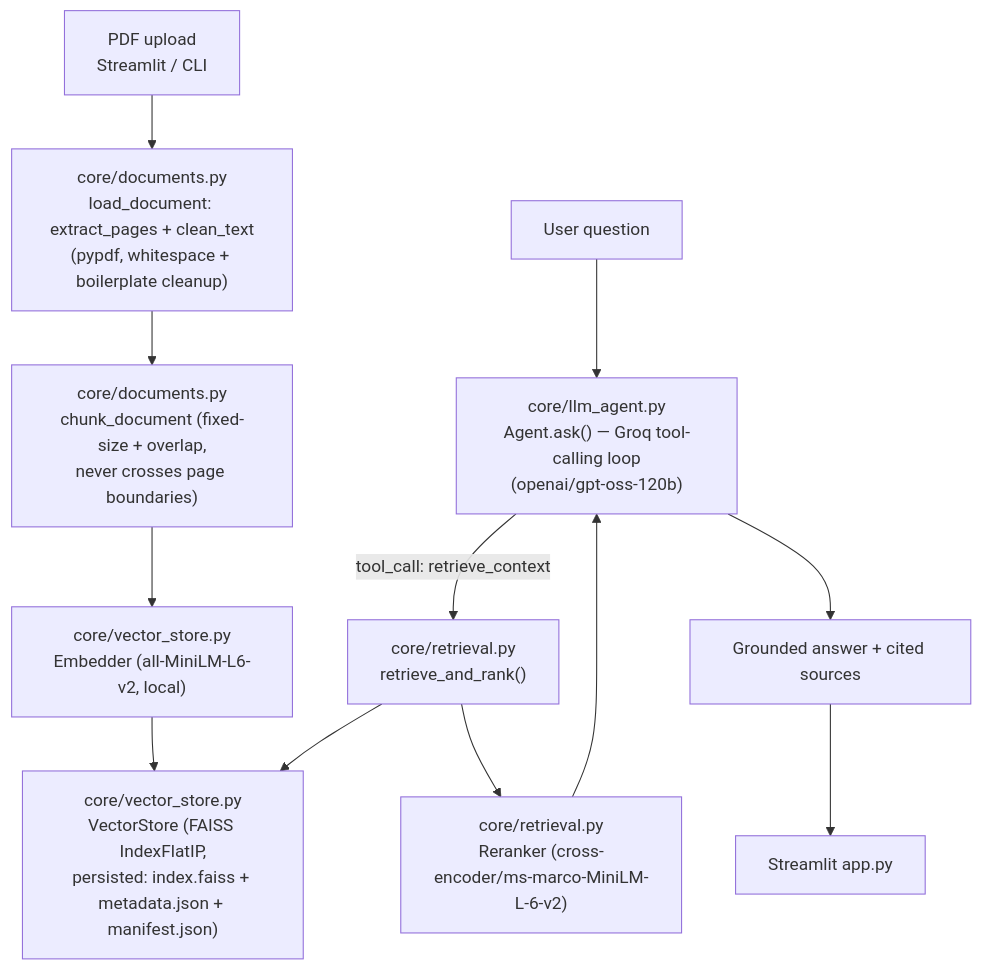
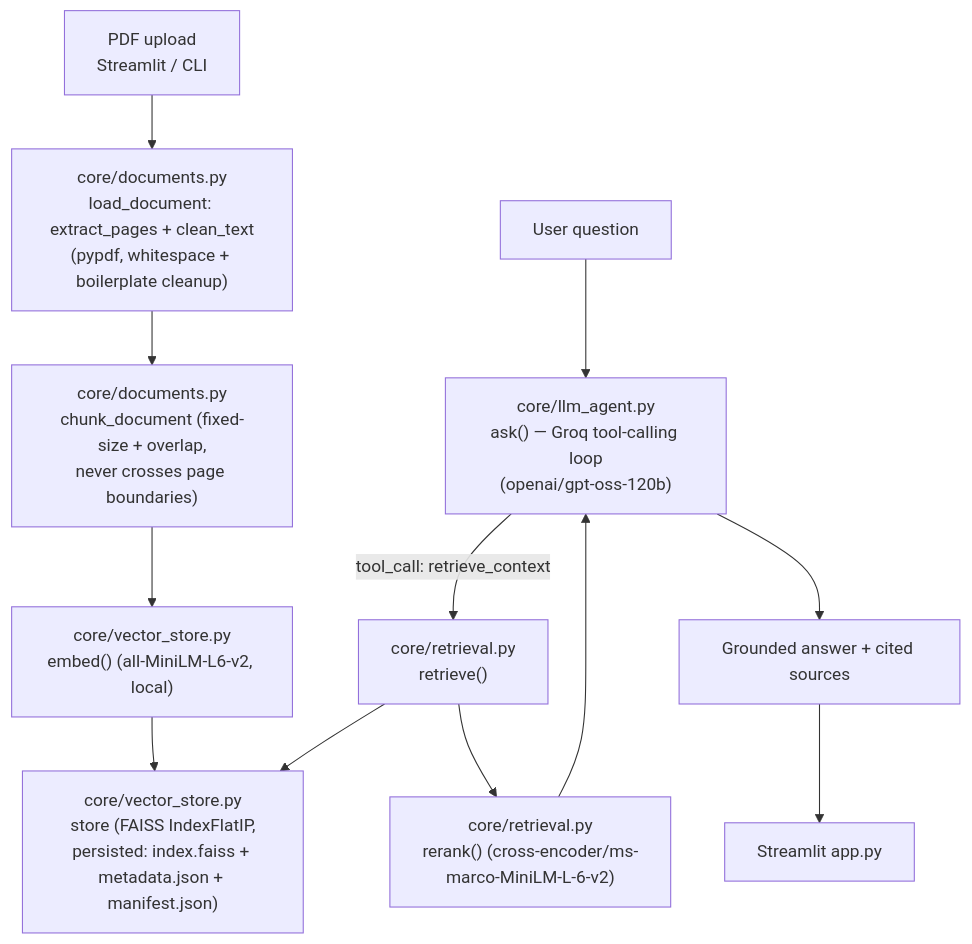
Before and after one commit to adityamanish999/Final_Project: the first of 2 diagrams in Document_Assisstant/docs/architecture.md, drawn with Mermaid. The commit also changed other lines of this file and 17 other files, not shown here.

````diff
--- a/Document_Assisstant/docs/architecture.md
+++ b/Document_Assisstant/docs/architecture.md
@@ -9,15 +9,15 @@
 ```mermaid
 flowchart TD
     A[PDF upload<br/>Streamlit / CLI] --> B["core/documents.py<br/>load_document: extract_pages + clean_text<br/>(pypdf, whitespace + boilerplate cleanup)"]
     B --> C["core/documents.py<br/>chunk_document (fixed-size + overlap,<br/>never crosses page boundaries)"]
-    C --> D["core/vector_store.py<br/>Embedder (all-MiniLM-L6-v2, local)"]
-    D --> E["core/vector_store.py<br/>VectorStore (FAISS IndexFlatIP,<br/>persisted: index.faiss + metadata.json + manifest.json)"]
+    C --> D["core/vector_store.py<br/>embed() (all-MiniLM-L6-v2, local)"]
+    D --> E["core/vector_store.py<br/>store (FAISS IndexFlatIP,<br/>persisted: index.faiss + metadata.json + manifest.json)"]
 
-    F[User question] --> G["core/llm_agent.py<br/>Agent.ask() — Groq tool-calling loop<br/>(openai/gpt-oss-120b)"]
-    G -->|tool_call: retrieve_context| H["core/retrieval.py<br/>retrieve_and_rank()"]
+    F[User question] --> G["core/llm_agent.py<br/>ask() — Groq tool-calling loop<br/>(openai/gpt-oss-120b)"]
+    G -->|tool_call: retrieve_context| H["core/retrieval.py<br/>retrieve()"]
     H --> E
-    H --> I["core/retrieval.py<br/>Reranker (cross-encoder/ms-marco-MiniLM-L-6-v2)"]
+    H --> I["core/retrieval.py<br/>rerank() (cross-encoder/ms-marco-MiniLM-L-6-v2)"]
     I --> G
     G --> J[Grounded answer + cited sources]
     J --> K[Streamlit app.py]
 ```
````
